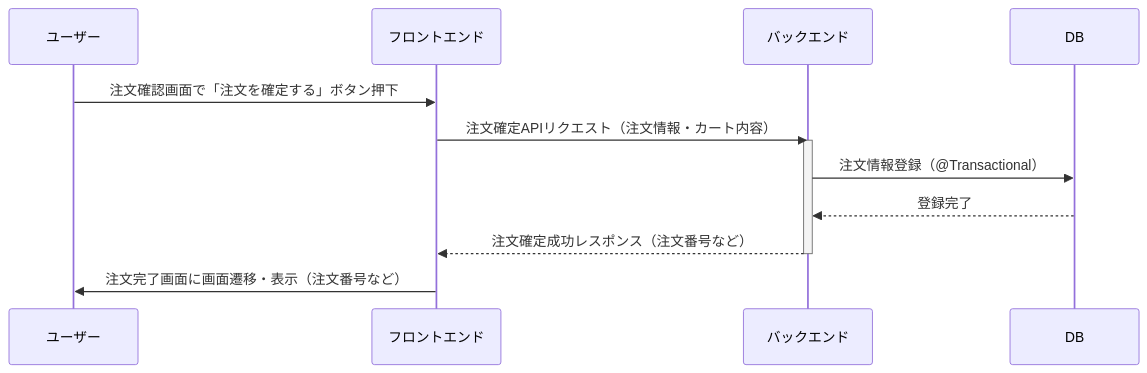
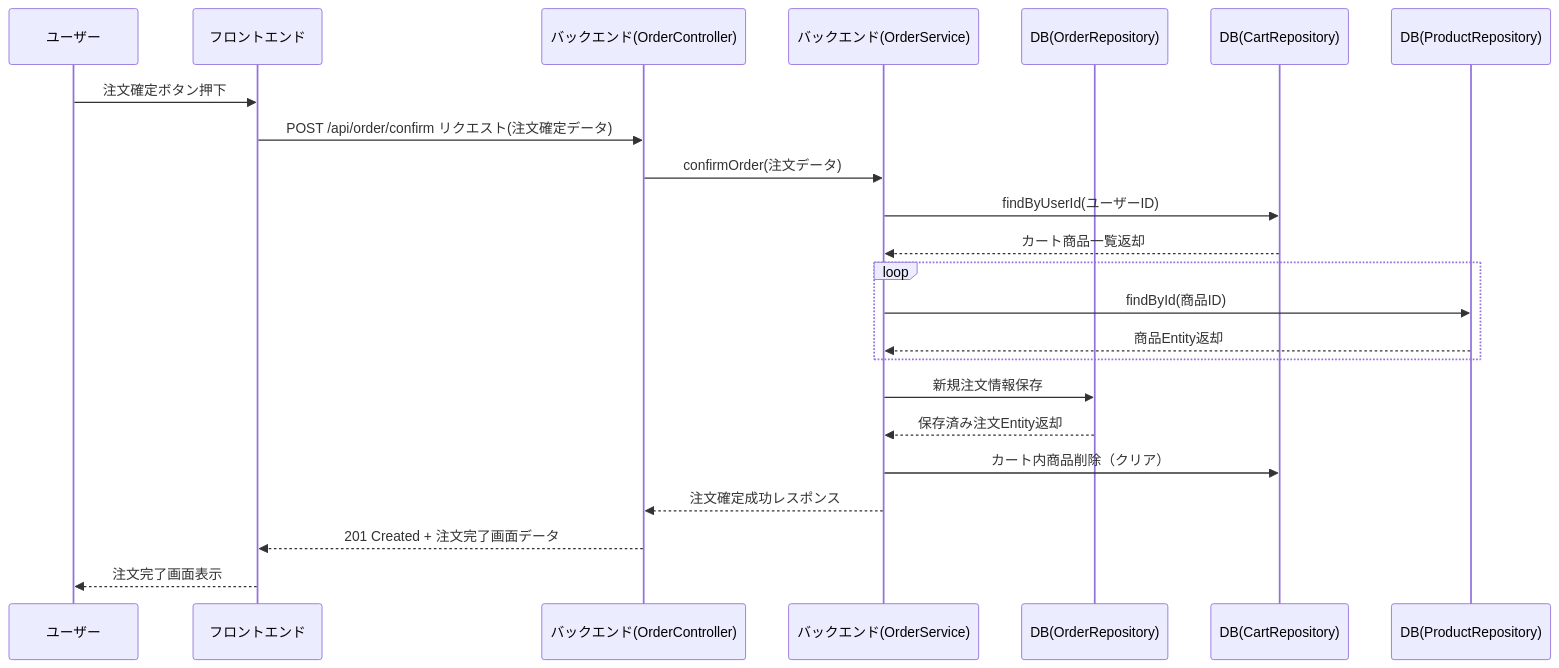
The fifth of 8 diagrams in 詳細設計/B1.md (YUKlT0/Equipe), drawn with Mermaid before and after one commit. The commit also changed other lines of this file, not shown here.

```diff
--- a/詳細設計/B1.md
+++ b/詳細設計/B1.md
@@ -296,24 +369,29 @@
 <div class="mermaid">
 
 sequenceDiagram
 participant ユーザー
 participant フロントエンド
-participant バックエンド
-participant DB
+participant OrderController as バックエンド(OrderController)
+participant OrderService as バックエンド(OrderService)
+participant OrderRepository as DB(OrderRepository)
+participant CartRepository as DB(CartRepository)
+participant ProductRepository as DB(ProductRepository)
 
-ユーザー ->> フロントエンド: 注文確認画面で「注文を確定する」ボタン押下
-
-フロントエンド ->> バックエンド: 注文確定APIリクエスト（注文情報・カート内容）
-
-activate バックエンド
-
-バックエンド ->> DB: 注文情報登録（@Transactional）
-DB -->> バックエンド: 登録完了
-
-バックエンド -->> フロントエンド: 注文確定成功レスポンス（注文番号など）
-
-deactivate バックエンド
-
-フロントエンド ->> ユーザー: 注文完了画面に画面遷移・表示（注文番号など）
+ユーザー ->> フロントエンド: 注文確定ボタン押下
+フロントエンド ->> OrderController: POST /api/order/confirm リクエスト(注文確定データ)
+OrderController ->> OrderService: confirmOrder(注文データ)
+OrderService ->> CartRepository: findByUserId(ユーザーID)
+CartRepository -->> OrderService: カート商品一覧返却
+loop 
+    OrderService ->> ProductRepository: findById(商品ID)
+    ProductRepository -->> OrderService: 商品Entity返却
+    
+end
+OrderService ->> OrderRepository: 新規注文情報保存
+OrderRepository -->> OrderService: 保存済み注文Entity返却
+OrderService ->> CartRepository: カート内商品削除（クリア）
+OrderService -->> OrderController: 注文確定成功レスポンス
+OrderController -->> フロントエンド: 201 Created + 注文完了画面データ
+フロントエンド -->> ユーザー: 注文完了画面表示
 
 </div>
```
